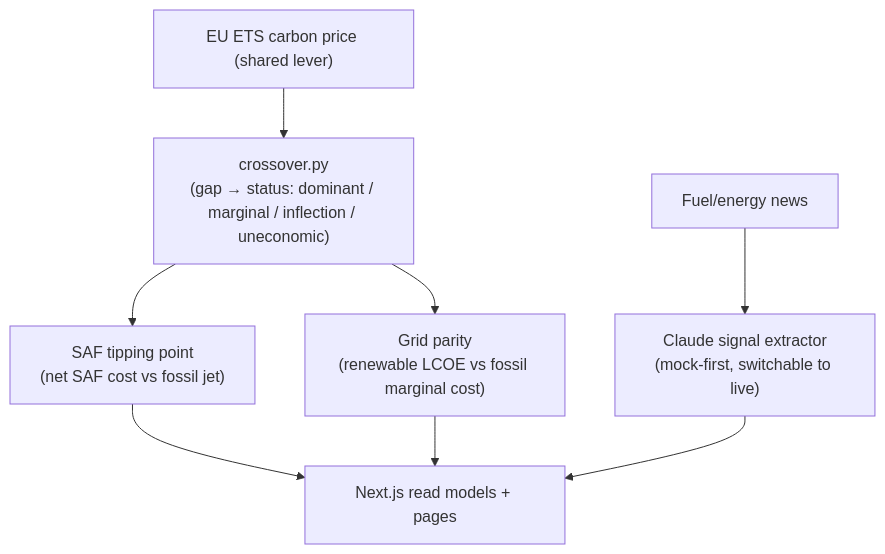
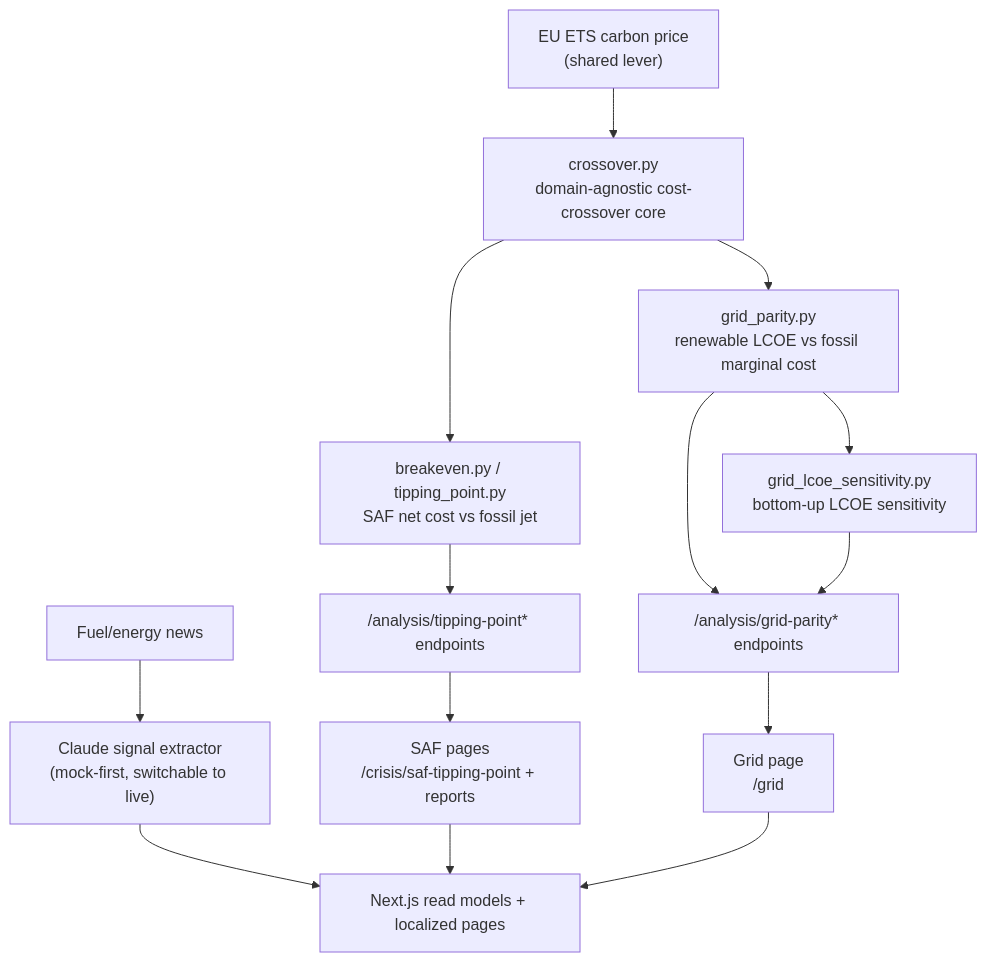
The diagram in README.md (wyl2607/jetscope), drawn with Mermaid before and after one commit. The commit also changed other lines of this file, not shown here.

Commit message:
docs: frame README around dual-domain crossover

````diff
--- a/README.md
+++ b/README.md
@@ -66,11 +66,17 @@
 ```mermaid
 graph TD
-    CO2["EU ETS carbon price (shared lever)"] --> CROSS
-    CROSS["crossover.py<br/>(gap → status: dominant / marginal / inflection / uneconomic)"]
-    CROSS --> SAF["SAF tipping point<br/>(net SAF cost vs fossil jet)"]
-    CROSS --> GRID["Grid parity<br/>(renewable LCOE vs fossil marginal cost)"]
+    CO2["EU ETS carbon price<br/>(shared lever)"] --> CROSS
+    CROSS["crossover.py<br/>domain-agnostic cost-crossover core"]
+    CROSS --> SAFCORE["breakeven.py / tipping_point.py<br/>SAF net cost vs fossil jet"]
+    CROSS --> GRIDCORE["grid_parity.py<br/>renewable LCOE vs fossil marginal cost"]
+    GRIDCORE --> LCOE["grid_lcoe_sensitivity.py<br/>bottom-up LCOE sensitivity"]
+    SAFCORE --> SAFAPI["/analysis/tipping-point* endpoints"]
+    GRIDCORE --> GRIDAPI["/analysis/grid-parity* endpoints"]
+    LCOE --> GRIDAPI
+    SAFAPI --> SAFWEB["SAF pages<br/>/crisis/saf-tipping-point + reports"]
+    GRIDAPI --> GRIDWEB["Grid page<br/>/grid"]
     NEWS["Fuel/energy news"] --> AI["Claude signal extractor<br/>(mock-first, switchable to live)"]
-    SAF --> WEB["Next.js read models + pages"]
-    GRID --> WEB
-    AI --> WEB
+    AI --> WEB["Next.js read models + localized pages"]
+    SAFWEB --> WEB
+    GRIDWEB --> WEB
 ```
````
